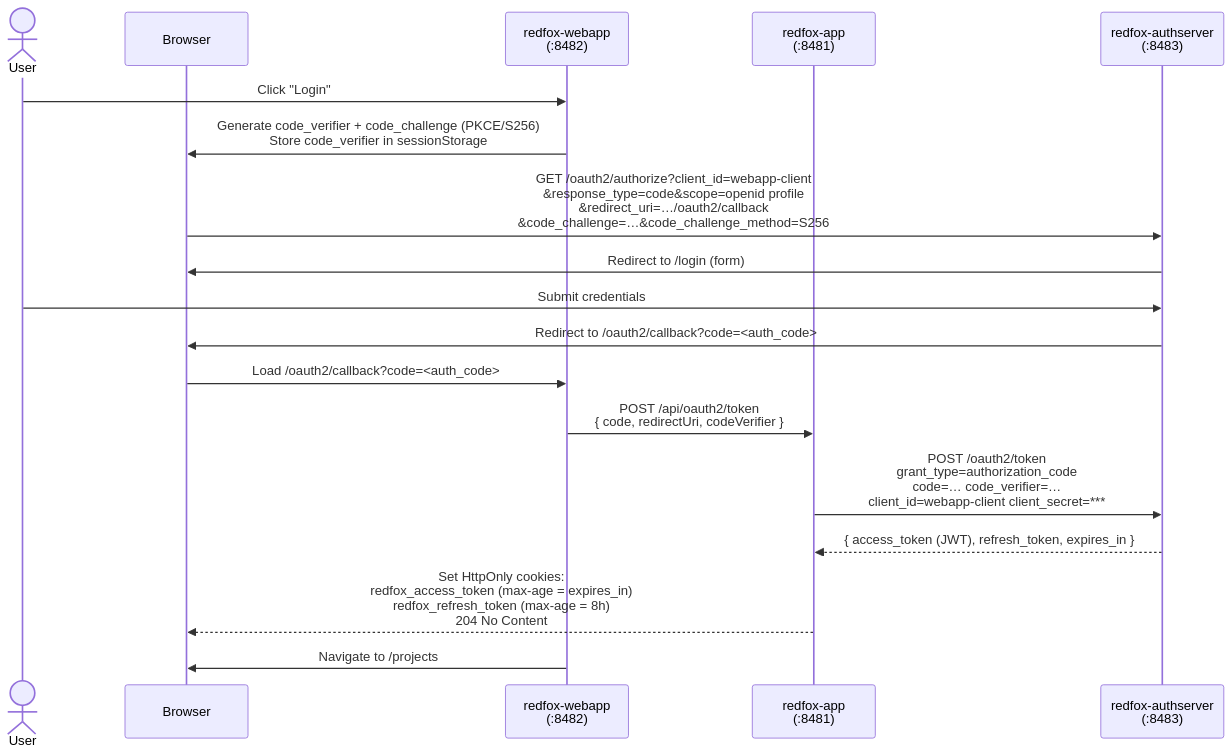
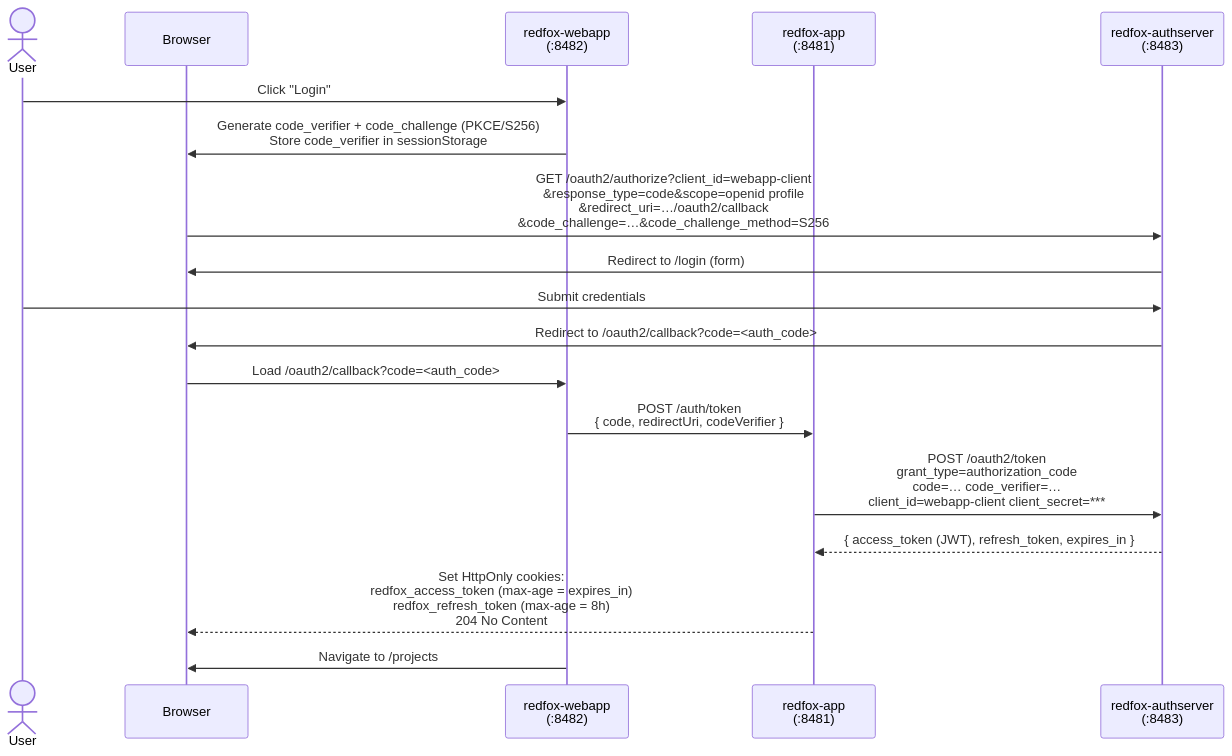
Before and after one commit to malczuuu/redfox-project: the first of 2 diagrams in README.md, drawn with Mermaid. The commit also changed other lines of this file and 14 other files, not shown here.

````diff
--- a/README.md
+++ b/README.md
@@ -23,21 +23,21 @@
 ```mermaid
 sequenceDiagram
     actor User
     participant Browser
     participant webapp as redfox-webapp<br/>(:8482)
     participant app as redfox-app<br/>(:8481)
     participant auth as redfox-authserver<br/>(:8483)
 
     User->>webapp: Click "Login"
     webapp->>Browser: Generate code_verifier + code_challenge (PKCE/S256)<br/>Store code_verifier in sessionStorage
     Browser->>auth: GET /oauth2/authorize?client_id=webapp-client<br/>&response_type=code&scope=openid profile<br/>&redirect_uri=…/oauth2/callback<br/>&code_challenge=…&code_challenge_method=S256
     auth->>Browser: Redirect to /login (form)
     User->>auth: Submit credentials
     auth->>Browser: Redirect to /oauth2/callback?code=<auth_code>
     Browser->>webapp: Load /oauth2/callback?code=<auth_code>
-    webapp->>app: POST /api/oauth2/token<br/>{ code, redirectUri, codeVerifier }
+    webapp->>app: POST /auth/token<br/>{ code, redirectUri, codeVerifier }
     app->>auth: POST /oauth2/token<br/>grant_type=authorization_code<br/>code=… code_verifier=…<br/>client_id=webapp-client client_secret=***
     auth-->>app: { access_token (JWT), refresh_token, expires_in }
     app-->>Browser: Set HttpOnly cookies:<br/>redfox_access_token (max-age = expires_in)<br/>redfox_refresh_token (max-age = 8h)<br/>204 No Content
     webapp->>Browser: Navigate to /projects
 ```
````
